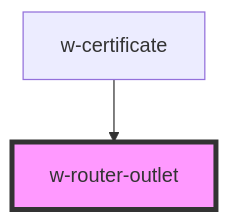
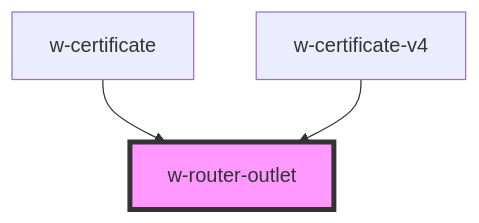
The diagram in src/components/w-router-outlet/readme.md (wordproof/ui), drawn with Mermaid before and after one commit. The commit also changed other lines of this file and 11 other files, not shown here.

````diff
--- a/src/components/w-router-outlet/readme.md
+++ b/src/components/w-router-outlet/readme.md
@@ -22,5 +23,6 @@
 ```mermaid
 graph TD;
   w-certificate --> w-router-outlet
+  w-certificate-v4 --> w-router-outlet
   style w-router-outlet fill:#f9f,stroke:#333,stroke-width:4px
 ```
````
